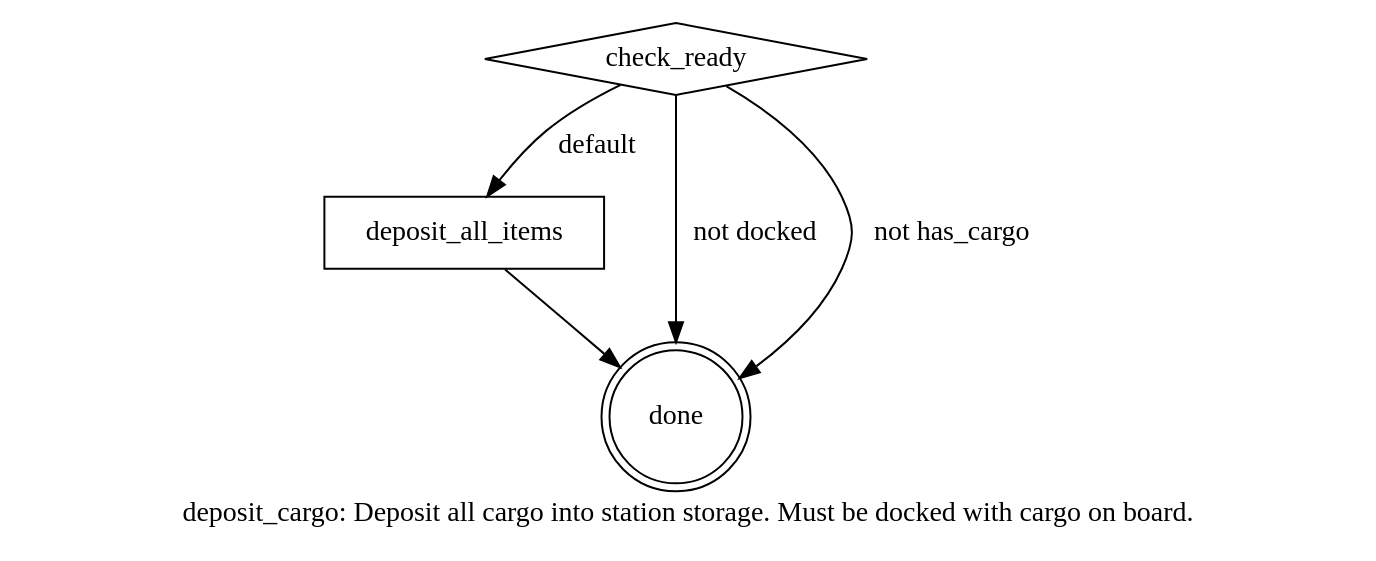
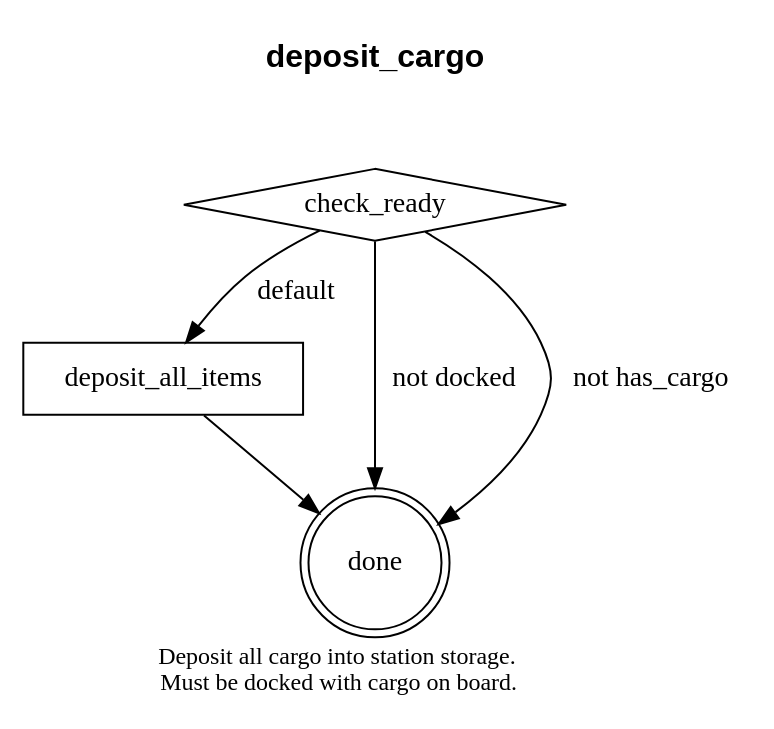
One commit to rsned/spacemolt changed the diagram in data/skills/deposit_cargo.dot. Above: the diagram before and after it, drawn with Graphviz. The commit also changed 15 other files, not shown here.

```diff
--- a/data/skills/deposit_cargo.dot
+++ b/data/skills/deposit_cargo.dot
@@ -1,13 +1,21 @@
 digraph deposit_cargo {
-  label="deposit_cargo: Deposit all cargo into station storage. Must be docked with cargo on board.\n"
+  label=<
+Deposit all cargo into station storage.<br/>
+Must be docked with cargo on board.
+>
+  labelloc=b
+  fontsize=12
   rankdir=TB
+
+  title [shape=none margin=0 fontsize=16 fontname="Helvetica-Bold" label="deposit_cargo"]
+  title -> check_ready [style=invis]
 
   check_ready [shape=diamond label="check_ready"]
   deposit [shape=box label="deposit_all_items"]
   done [shape=doublecircle label="done"]
 
   check_ready -> done [label="not docked"]
   check_ready -> done [label="not has_cargo"]
   check_ready -> deposit [label="default"]
   deposit -> done
 }
```
